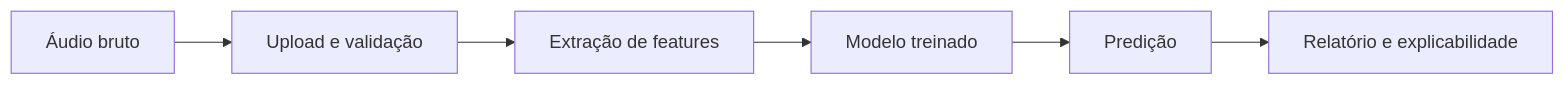
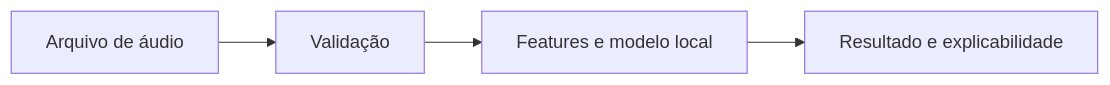
The diagram in docs/index.md (thierrybraga/XFakeSong), drawn with Mermaid before and after one commit. The commit also changed other lines of this file and 54 other files, not shown here.

````diff
--- a/docs/index.md
+++ b/docs/index.md
@@ -97,8 +50,6 @@
 ```mermaid
 flowchart LR
-    A["Áudio bruto"] --> B["Upload e validação"]
-    B --> C["Extração de features"]
-    C --> D["Modelo treinado"]
-    D --> E["Predição"]
-    E --> F["Relatório e explicabilidade"]
+    A[Arquivo de áudio] --> B[Validação]
+    B --> C[Features e modelo local]
+    C --> D[Resultado e explicabilidade]
 ```
````
